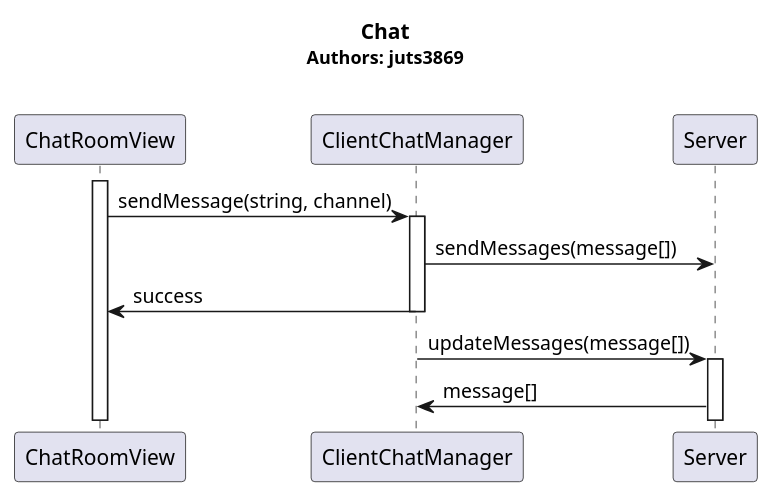
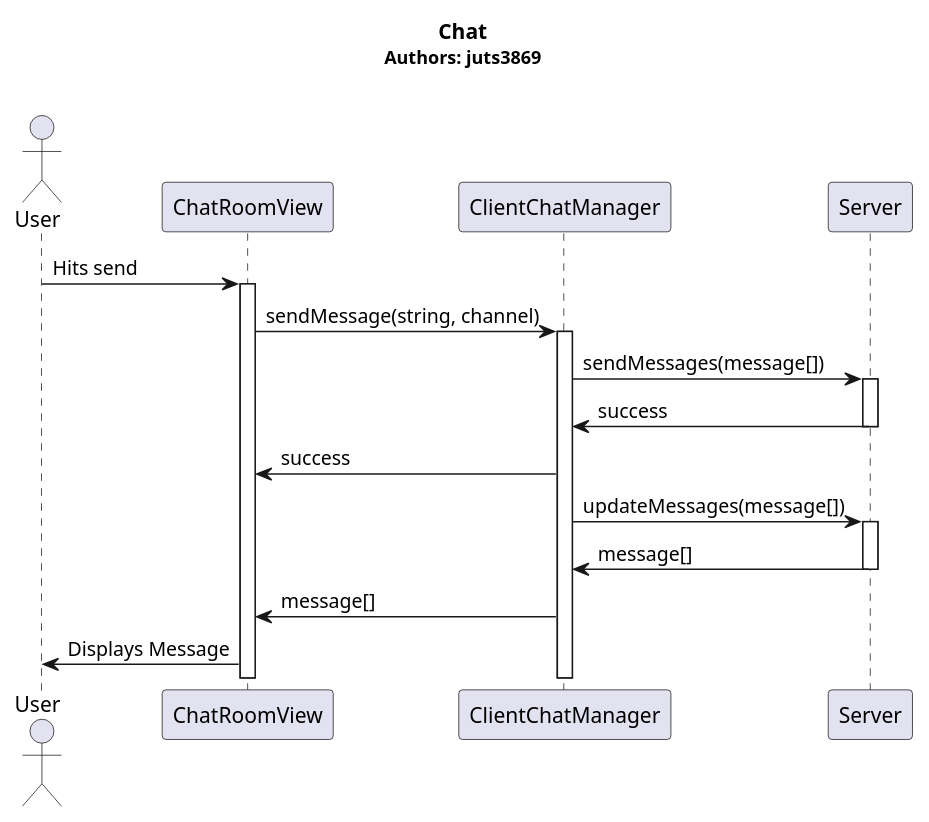
One commit to voxelv/sQuire_kw changed the diagram in Sequence Diagrams/Send Chat Message.pu. Above: the diagram before and after it, drawn with PlantUML.

Commit message:
Update Send Chat Message.pu

```diff
--- a/Sequence Diagrams/Send Chat Message.pu
+++ b/Sequence Diagrams/Send Chat Message.pu
@@ -1,20 +1,27 @@
 @startuml
 hide circle
 hide empty members
 
 Title <b>Chat</b>\n<size:12>Authors: juts3869\n
 
+actor User
+User -> ChatRoomView : Hits send
 activate ChatRoomView
 ChatRoomView -> ClientChatManager: sendMessage(string, channel)
 activate ClientChatManager
 ClientChatManager -> Server : sendMessages(message[])
+activate Server
+Server -> ClientChatManager : success
+deactivate Server
 ClientChatManager -> ChatRoomView : success
-deactivate ClientChatManager
+
+
 ClientChatManager -> Server: updateMessages(message[])
+
 activate Server
 Server -> ClientChatManager : message[]
-
-
-
+deactivate Server
+ClientChatManager -> ChatRoomView : message[]
+ChatRoomView -> User : Displays Message
 
 @enduml
```
